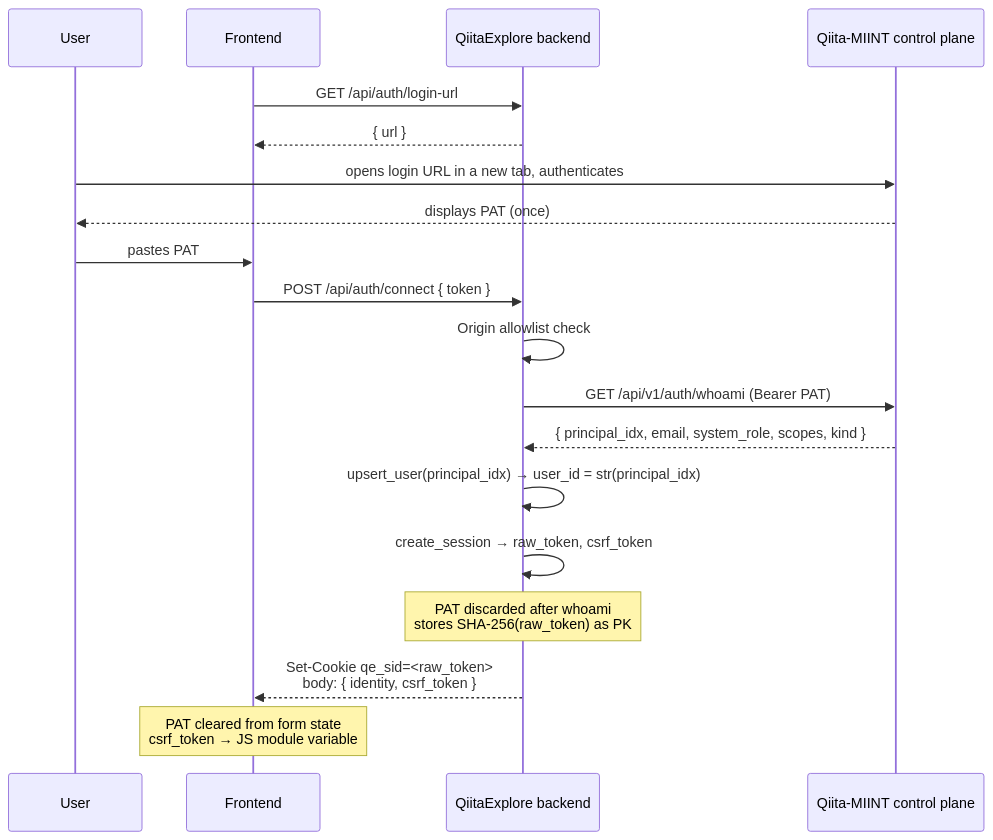
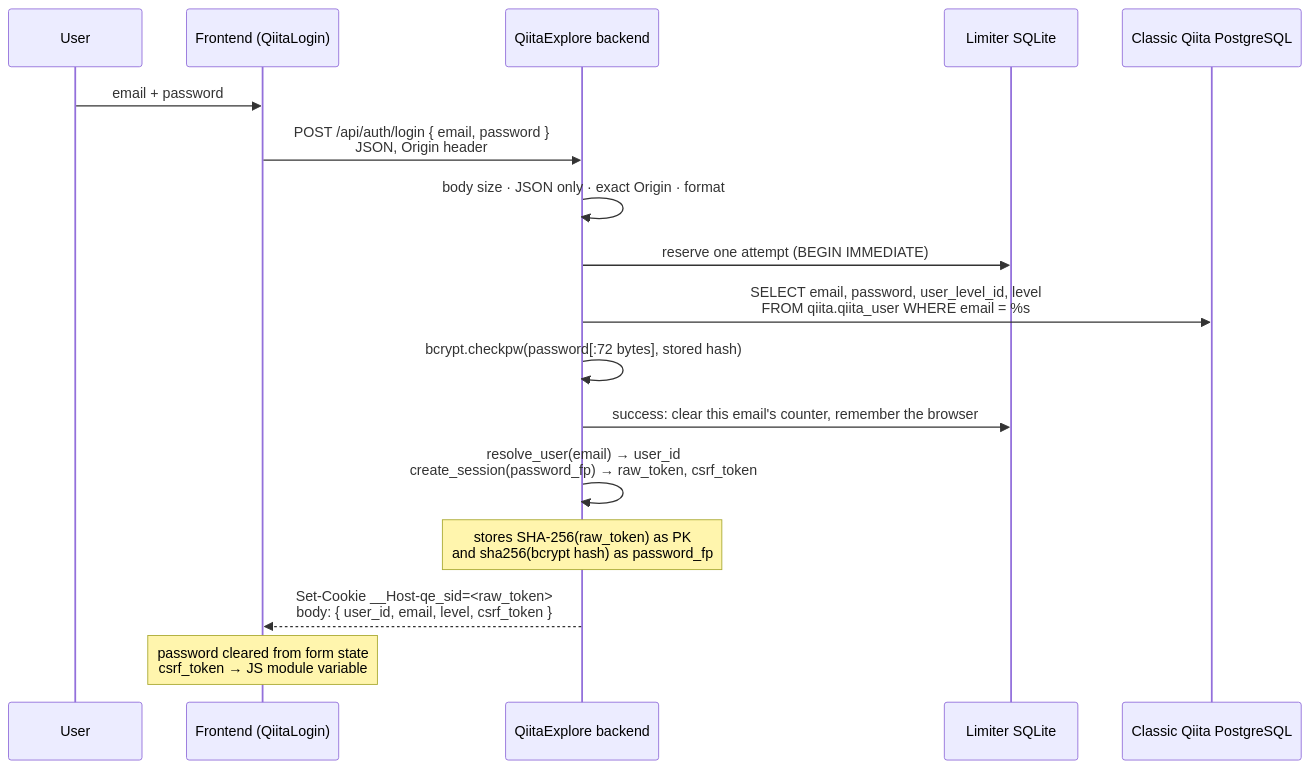
The first of 2 diagrams in docs/02-authentication.md (dhruvviveksharma/QiitaExplore), drawn with Mermaid before and after one commit. The commit also changed other lines of this file and 64 other files, not shown here.

````diff
--- a/docs/02-authentication.md
+++ b/docs/02-authentication.md
@@ -37,22 +27,20 @@
 ```mermaid
 sequenceDiagram
     participant U as User
-    participant FE as Frontend
+    participant FE as Frontend (QiitaLogin)
     participant BE as QiitaExplore backend
-    participant CP as Qiita-MIINT control plane
+    participant L as Limiter SQLite
+    participant PG as Classic Qiita PostgreSQL
 
-    FE->>BE: GET /api/auth/login-url
-    BE-->>FE: { url }
-    U->>CP: opens login URL in a new tab, authenticates
-    CP-->>U: displays PAT (once)
-    U->>FE: pastes PAT
-    FE->>BE: POST /api/auth/connect { token }
-    BE->>BE: Origin allowlist check
-    BE->>CP: GET /api/v1/auth/whoami (Bearer PAT)
-    CP-->>BE: { principal_idx, email, system_role, scopes, kind }
-    BE->>BE: upsert_user(principal_idx) → user_id = str(principal_idx)
-    BE->>BE: create_session → raw_token, csrf_token
-    Note over BE: PAT discarded after whoami<br/>stores SHA-256(raw_token) as PK
-    BE-->>FE: Set-Cookie qe_sid=<raw_token><br/>body: { identity, csrf_token }
-    Note over FE: PAT cleared from form state<br/>csrf_token → JS module variable
+    U->>FE: email + password
+    FE->>BE: POST /api/auth/login { email, password }<br/>JSON, Origin header
+    BE->>BE: body size · JSON only · exact Origin · format
+    BE->>L: reserve one attempt (BEGIN IMMEDIATE)
+    BE->>PG: SELECT email, password, user_level_id, level<br/>FROM qiita.qiita_user WHERE email = %s
+    BE->>BE: bcrypt.checkpw(password[:72 bytes], stored hash)
+    BE->>L: success: clear this email's counter, remember the browser
+    BE->>BE: resolve_user(email) → user_id<br/>create_session(password_fp) → raw_token, csrf_token
+    Note over BE: stores SHA-256(raw_token) as PK<br/>and sha256(bcrypt hash) as password_fp
+    BE-->>FE: Set-Cookie __Host-qe_sid=<raw_token><br/>body: { user_id, email, level, csrf_token }
+    Note over FE: password cleared from form state<br/>csrf_token → JS module variable
 ```
````
